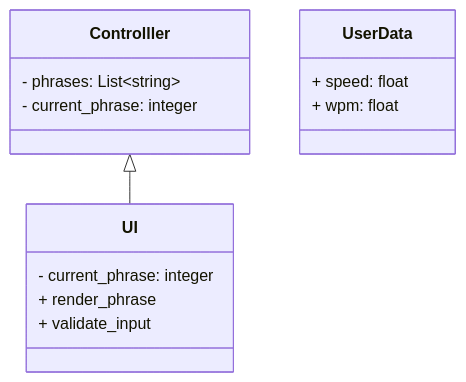
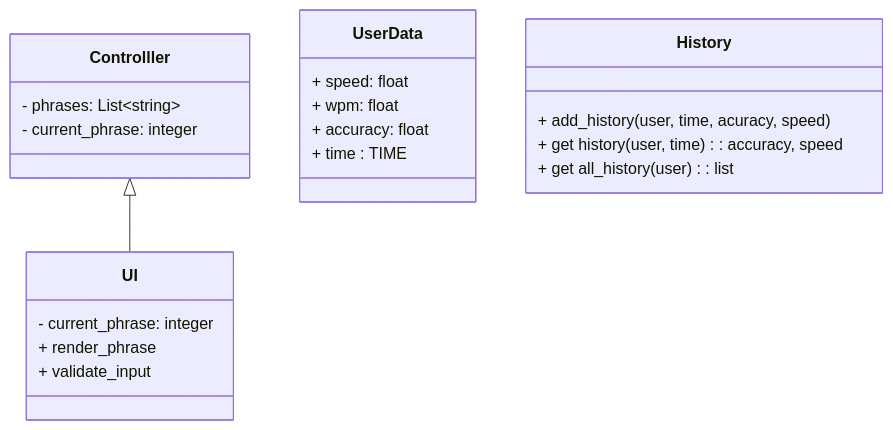
The diagram in README.md (imiziuk/tippitytappity-design), drawn with Mermaid before and after one commit.

Commit message:
Add History class for user data tracking

````diff
--- a/README.md
+++ b/README.md
@@ -8,17 +8,24 @@
 ```mermaid
 classDiagram
   Controlller <|-- UI
   class UserData{
         + speed: float
         + wpm: float
+        + accuracy: float
+        + time : TIME
   }
   class UI{
     - current_phrase: integer
     + render_phrase
     + validate_input
   }
   class Controlller{
     - phrases: List~string~
     - current_phrase: integer 
   }
+  class History{
+     + add_history(user, time, acuracy, speed)
+     + get history(user, time) : accuracy, speed
+     + get all_history(user) : list<history(user over time)
+  }
 ```
````
